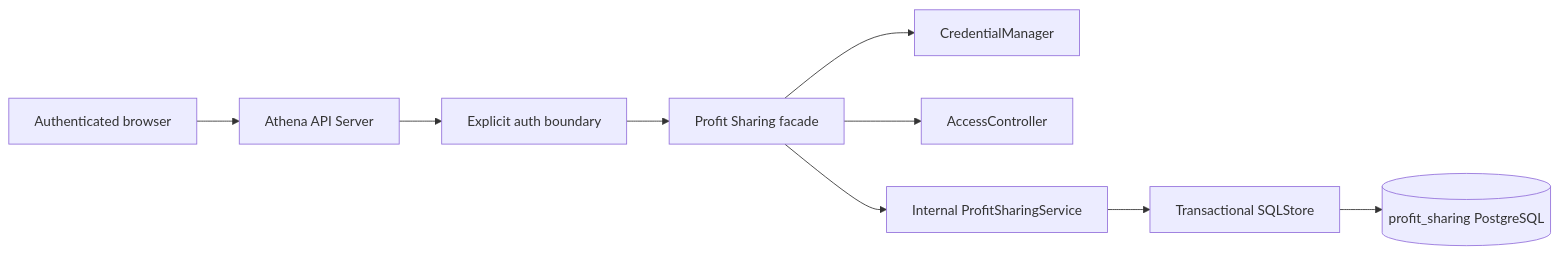
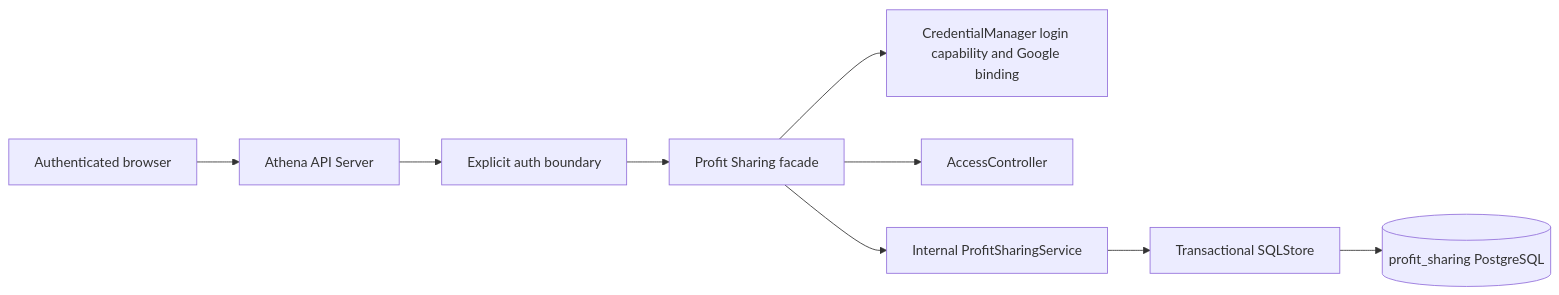
Before and after one commit to useryege/athena-o: the diagram in docs/design/governance/profit-sharing.md, drawn with Mermaid. The commit also changed other lines of this file and 68 other files, not shown here.

````diff
--- a/docs/design/governance/profit-sharing.md
+++ b/docs/design/governance/profit-sharing.md
@@ -35,11 +35,11 @@
 ```mermaid
 flowchart LR
     B["Authenticated browser"] --> A["Athena API Server"]
     A --> Z["Explicit auth boundary"]
     Z --> F["Profit Sharing facade"]
-    F --> C["CredentialManager"]
+    F --> C["CredentialManager login capability and Google binding"]
     F --> X["AccessController"]
     F --> G["Internal ProfitSharingService"]
     G --> S["Transactional SQLStore"]
     S --> P[("profit_sharing PostgreSQL")]
 ```
````
